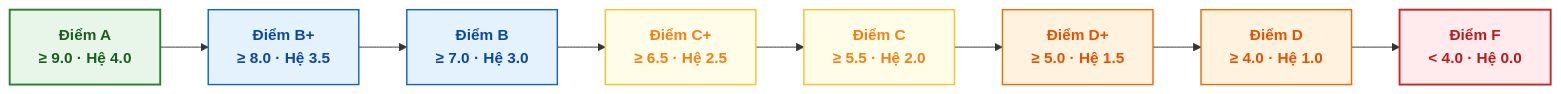
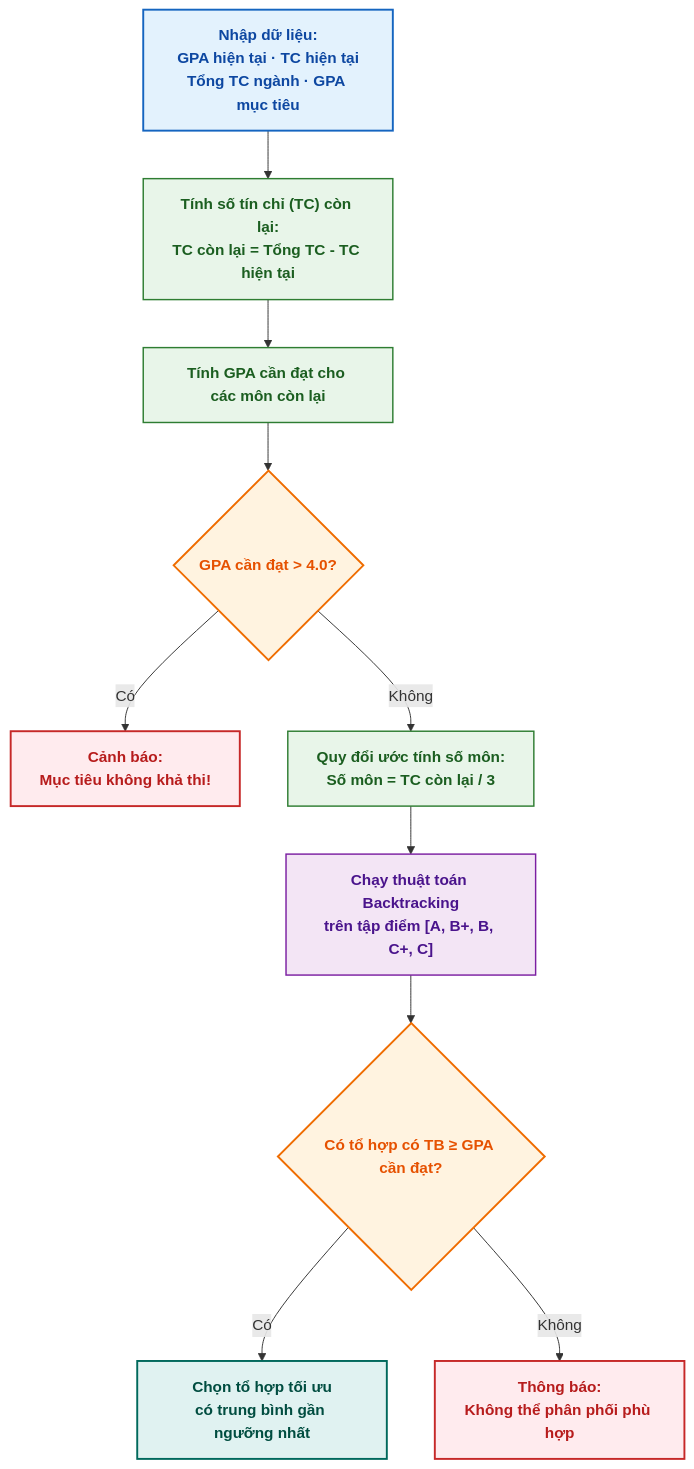
One commit to huynhthanhphong231004IT/WebPhanTichGPA_CTU changed the second of 3 diagrams in README.md. Above: the diagram before and after it, drawn with Mermaid. The commit also changed other lines of this file, not shown here.

Commit message:
Revise README for improved structure and content
Updated the README to enhance clarity and add new sections.

````diff
--- a/README.md
+++ b/README.md
@@ -83,22 +110,42 @@
 ```mermaid
-flowchart LR
-    %% Phong cách màu sắc phân cấp học tập
-    classDef rankA fill:#E8F5E9,stroke:#2E7D32,stroke-width:2px,color:#1B5E20,font-weight:bold;
-    classDef rankB fill:#E3F2FD,stroke:#1565C0,stroke-width:1.5px,color:#0D47A1,font-weight:bold;
-    classDef rankC fill:#FFFDE7,stroke:#FBC02D,stroke-width:1.5px,color:#F57F17,font-weight:bold;
-    classDef rankD fill:#FFF3E0,stroke:#EF6C00,stroke-width:1.5px,color:#E65100,font-weight:bold;
-    classDef rankF fill:#FFEBEE,stroke:#C62828,stroke-width:2px,color:#B71C1C,font-weight:bold;
+flowchart TD
+    %% Định nghĩa phong cách màu sắc chuẩn Academic (Nhiều màu, chuyên nghiệp)
+    classDef inputNode fill:#E3F2FD,stroke:#1565C0,stroke-width:2px,color:#0D47A1,font-weight:bold;
+    classDef processNode fill:#E8F5E9,stroke:#2E7D32,stroke-width:1.5px,color:#1B5E20,font-weight:bold;
+    classDef decisionNode fill:#FFF3E0,stroke:#EF6C00,stroke-width:2px,color:#E65100,font-weight:bold;
+    classDef warningNode fill:#FFEBEE,stroke:#C62828,stroke-width:2px,color:#B71C1C,font-weight:bold;
+    classDef algoNode fill:#F3E5F5,stroke:#7B1FA2,stroke-width:1.5px,color:#4A148C,font-weight:bold;
+    classDef successNode fill:#E0F2F1,stroke:#00695C,stroke-width:2px,color:#004D40,font-weight:bold;
 
-    %% Các khối thang điểm
-    A["Điểm A<br/>≥ 9.0 · Hệ 4.0"]:::rankA
-    BP["Điểm B+<br/>≥ 8.0 · Hệ 3.5"]:::rankB
-    B["Điểm B<br/>≥ 7.0 · Hệ 3.0"]:::rankB
-    CP["Điểm C+<br/>≥ 6.5 · Hệ 2.5"]:::rankC
-    C["Điểm C<br/>≥ 5.5 · Hệ 2.0"]:::rankC
-    DP["Điểm D+<br/>≥ 5.0 · Hệ 1.5"]:::rankD
-    D["Điểm D<br/>≥ 4.0 · Hệ 1.0"]:::rankD
-    F["Điểm F<br/>&lt; 4.0 · Hệ 0.0"]:::rankF
+    %% Các nút trong sơ đồ
+    A["Nhập dữ liệu:<br/>GPA hiện tại · TC hiện tại<br/>Tổng TC ngành · GPA mục tiêu"]:::inputNode
+    
+    B["Tính số tín chỉ (TC) còn lại:<br/>TC còn lại = Tổng TC - TC hiện tại"]:::processNode
+    C["Tính GPA cần đạt cho các môn còn lại"]:::processNode
+    
+    D{"GPA cần đạt > 4.0?"}:::decisionNode
+    
+    E[" Cảnh báo:<br/>Mục tiêu không khả thi!"]:::warningNode
+    
+    F["Quy đổi ước tính số môn:<br/>Số môn = TC còn lại / 3"]:::processNode
+    G["Chạy thuật toán Backtracking<br/>trên tập điểm [A, B+, B, C+, C]"]:::algoNode
+    
+    H{"Có tổ hợp có TB ≥ GPA cần đạt?"}:::decisionNode
+    
+    I[" Chọn tổ hợp tối ưu<br/>có trung bình gần ngưỡng nhất"]:::successNode
+    J[" Thông báo:<br/>Không thể phân phối phù hợp"]:::warningNode
 
-    %% Luồng liên kết ngang
-    A --> BP --> B --> CP --> C --> DP --> D --> F
+    %% Luồng liên kết thuật toán
+    A --> B
+    B --> C
+    C --> D
+    
+    D -->|Có| E
+    D -->|Không| F
+    
+    F --> G
+    G --> H
+    
+    H -->|Có| I
+    H -->|Không| J
 ```
````
